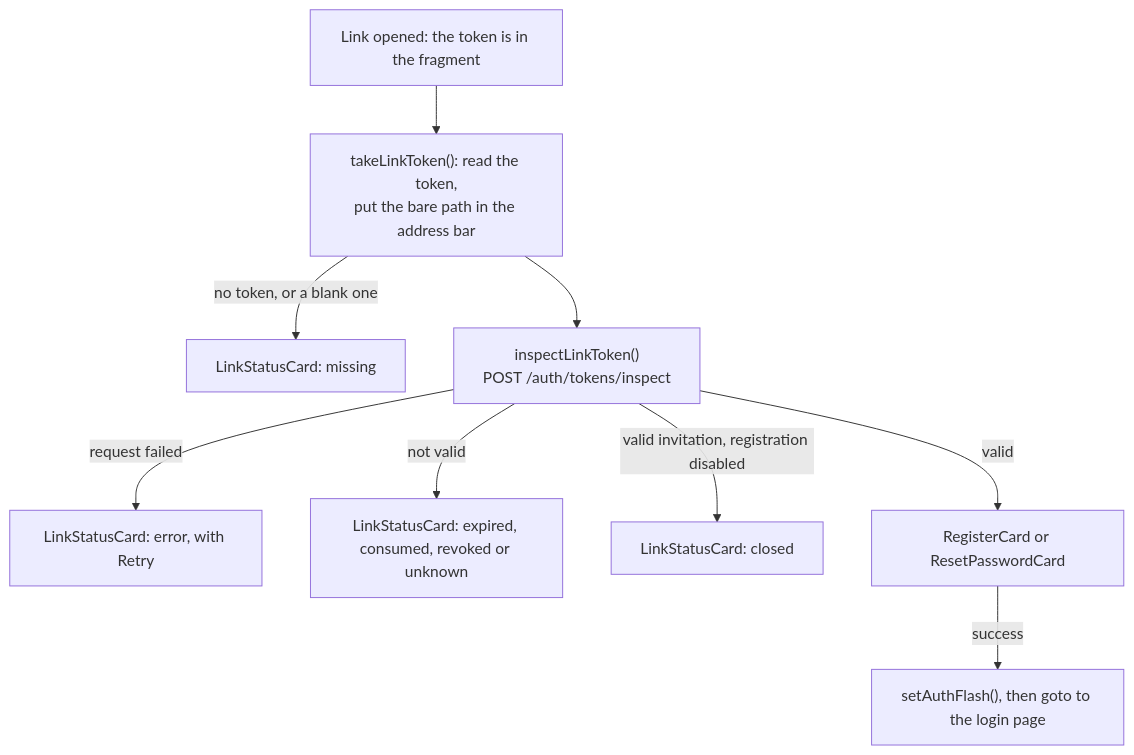
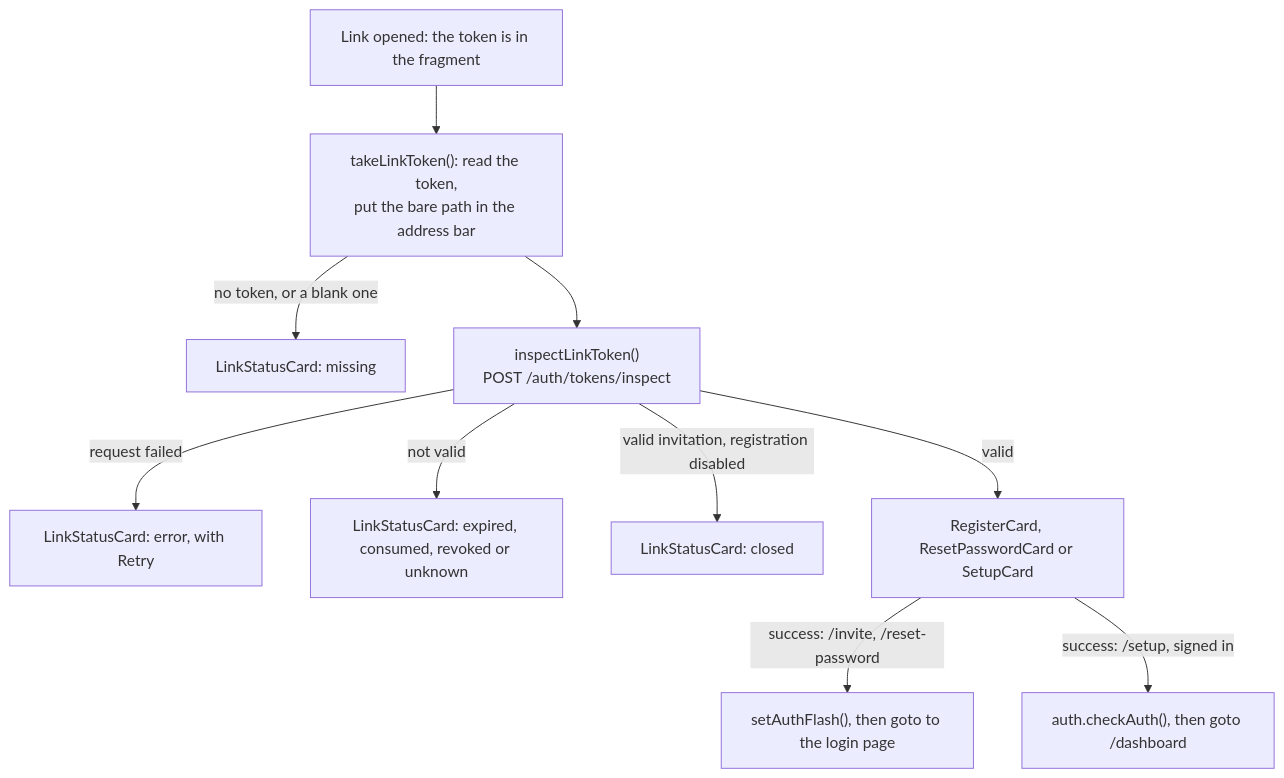
The diagram in mkdocs_src/docs/developer/frontend/components/features/auth.md (Librefolio/LibreFolio), drawn with Mermaid before and after one commit. The commit also changed other lines of this file and 12 other files, not shown here.

Commit message:
docs(accounts): setup page, pending admin, notice

````diff
--- a/mkdocs_src/docs/developer/frontend/components/features/auth.md
+++ b/mkdocs_src/docs/developer/frontend/components/features/auth.md
@@ -155,11 +160,12 @@
 ```mermaid
 flowchart TD
     Open["Link opened: the token is in the fragment"] --> Take["takeLinkToken(): read the token,<br>put the bare path in the address bar"]
     Take -->|"no token, or a blank one"| Missing["LinkStatusCard: missing"]
     Take --> Inspect["inspectLinkToken()<br>POST /auth/tokens/inspect"]
     Inspect -->|"request failed"| Error["LinkStatusCard: error, with Retry"]
     Inspect -->|"not valid"| Status["LinkStatusCard: expired, consumed, revoked or unknown"]
     Inspect -->|"valid invitation, registration disabled"| Closed["LinkStatusCard: closed"]
-    Inspect -->|"valid"| Form["RegisterCard or ResetPasswordCard"]
-    Form -->|"success"| Flash["setAuthFlash(), then goto to the login page"]
+    Inspect -->|"valid"| Form["RegisterCard, ResetPasswordCard or SetupCard"]
+    Form -->|"success: /invite, /reset-password"| Flash["setAuthFlash(), then goto to the login page"]
+    Form -->|"success: /setup, signed in"| Enter["auth.checkAuth(), then goto /dashboard"]
 ```
````
